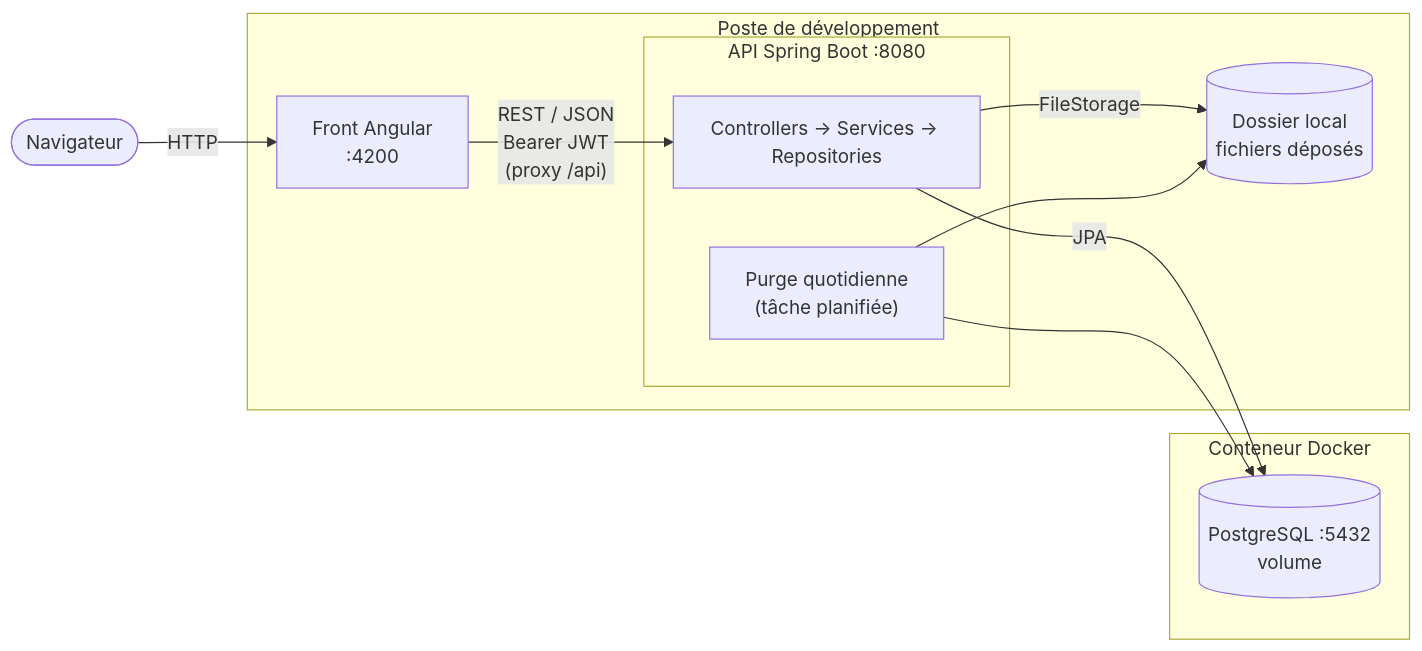
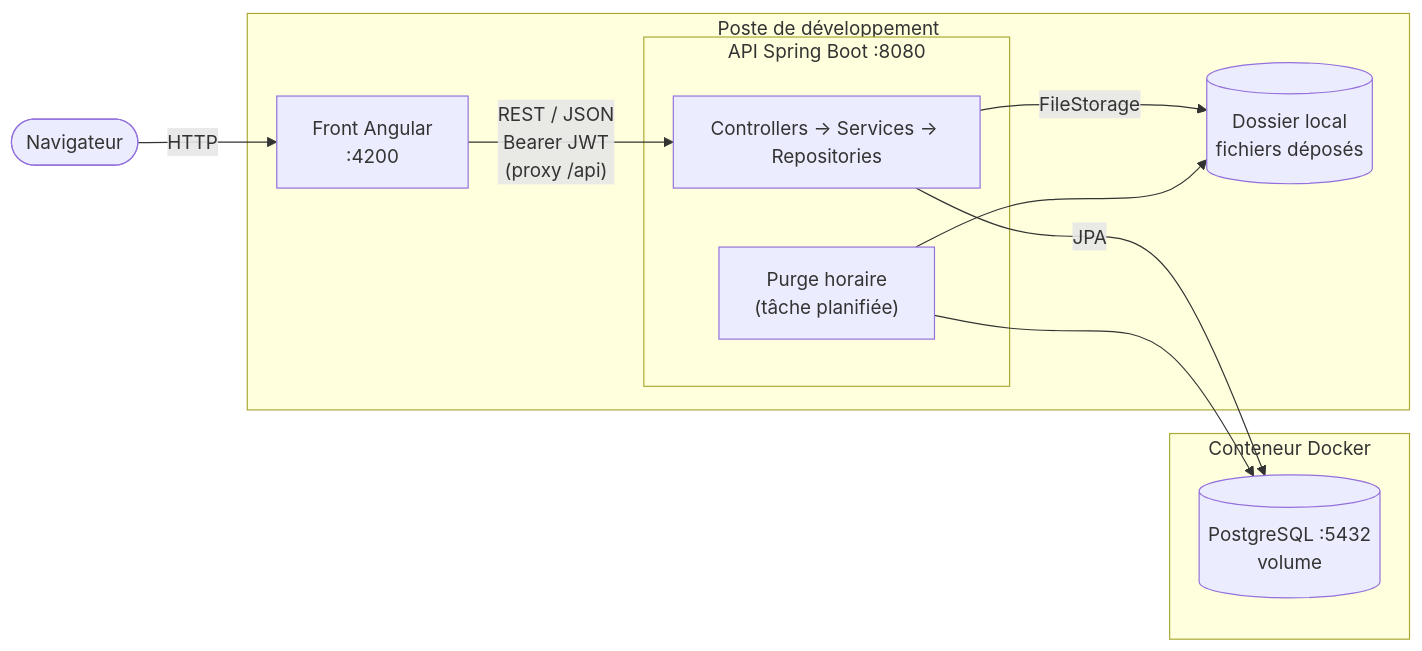
The first of 7 diagrams in docs/conception/architecture.md (younesyousfipro/data-share), drawn with Mermaid before and after one commit. The commit also changed other lines of this file and 8 other files, not shown here.

````diff
--- a/docs/conception/architecture.md
+++ b/docs/conception/architecture.md
@@ -8,22 +8,22 @@
 ```mermaid
 flowchart LR
   U([Navigateur])
   subgraph Poste["Poste de développement"]
     F["Front Angular<br/>:4200"]
     subgraph API["API Spring Boot :8080"]
       S["Controllers → Services → Repositories"]
-      P["Purge quotidienne<br/>(tâche planifiée)"]
+      P["Purge horaire<br/>(tâche planifiée)"]
     end
     D[("Dossier local<br/>fichiers déposés")]
   end
   subgraph Docker["Conteneur Docker"]
     DB[("PostgreSQL :5432<br/>volume")]
   end
 
   U -- "HTTP" --> F
   F -- "REST / JSON<br/>Bearer JWT<br/>(proxy /api)" --> S
   S -- "JPA" --> DB
   S -- "FileStorage" --> D
   P --> DB
   P --> D
 ```
````
